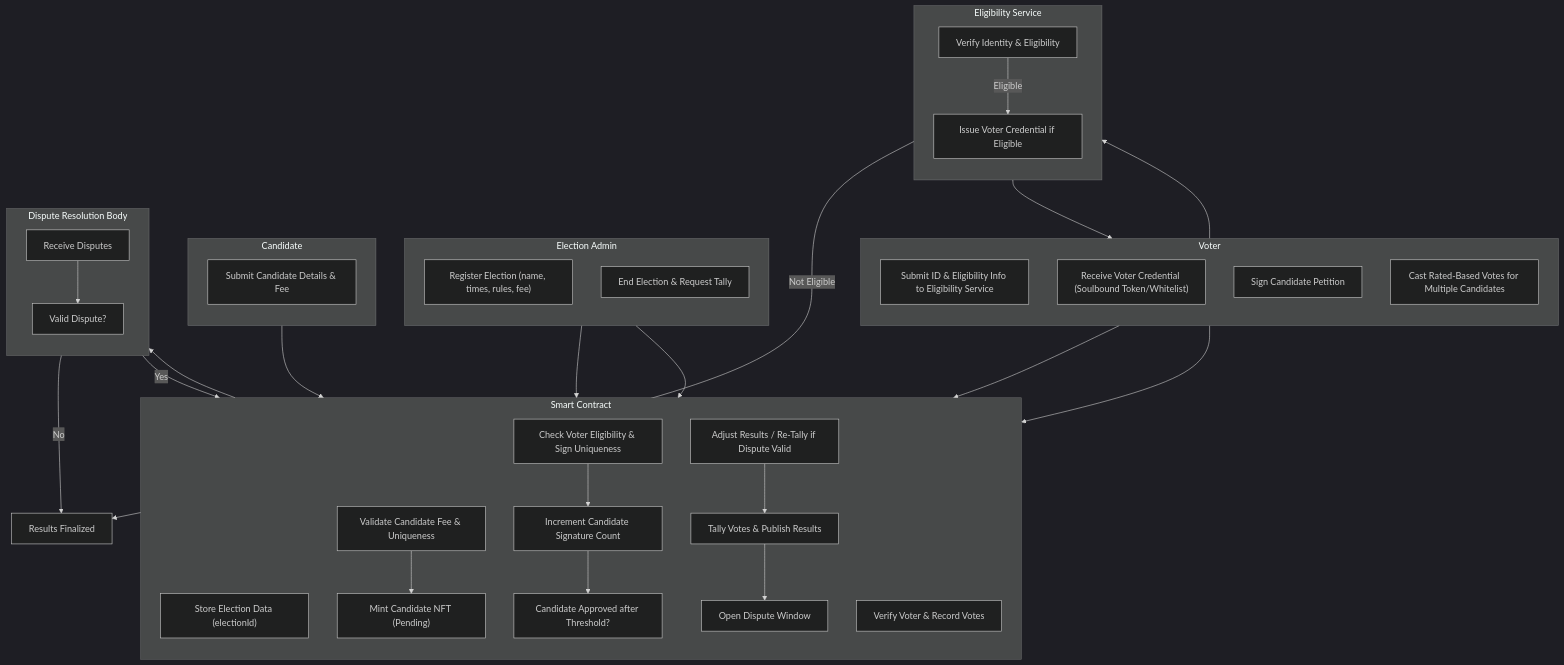
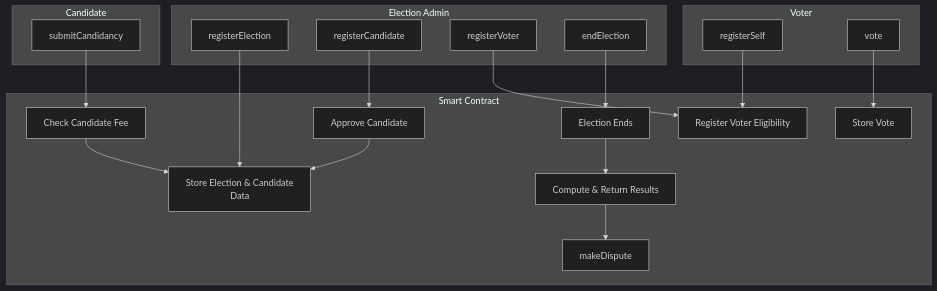
One commit to vladtf/bpda-project changed the diagram in README.md. Above: the diagram before and after it, drawn with Mermaid (dark theme). The commit also changed other lines of this file, not shown here.

Commit message:
Update README.md to include voter registration by admin and enhance flowchart structure

````diff
--- a/README.md
+++ b/README.md
@@ -76,71 +77,38 @@
 ```mermaid
 flowchart TB
+    subgraph A[Election Admin]
+        A_create[registerElection]
+        A_regCand[registerCandidate]
+        A_regVoter[registerVoter]
+        A_end[endElection]
+    end
 
-%% Define Subgraphs as Swimlanes
-subgraph V[Voter]
-  direction TB
-  V_ID[Submit ID & Eligibility Info to Eligibility Service]
-  V_Cred["Receive Voter Credential (Soulbound Token/Whitelist)"]
-  V_Sign[Sign Candidate Petition]
-  V_Vote[Cast Rated-Based Votes for Multiple Candidates]
-end
+    subgraph C[Candidate]
+        C_submit[submitCandidancy]
+    end
 
-subgraph E[Eligibility Service]
-  direction TB
-  E_Verify[Verify Identity & Eligibility]
-  E_Issue[Issue Voter Credential if Eligible]
-end
+    subgraph V[Voter]
+        V_self[registerSelf]
+        V_vote[vote]
+    end
 
-subgraph A[Election Admin]
-  direction TB
-  A_Create["Register Election (name, times, rules, fee)"]
-  A_End[End Election & Request Tally]
-end
+    subgraph SC[Smart Contract]
+        SC_store[Store Election & Candidate\nData]
+        SC_checkFee[Check Candidate Fee]
+        SC_approve[Approve Candidate]
+        SC_regVoter[Register Voter Eligibility]
+        SC_recordVote[Store Vote]
+        SC_fin[Election Ends]
+        SC_dispute[makeDispute]
+        SC_results[Compute & Return Results]
+    end
 
-subgraph C[Candidate]
-  direction TB
-  C_Reg[Submit Candidate Details & Fee]
-end
-
-subgraph SC[Smart Contract]
-  direction TB
-  SC_Store["Store Election Data (electionId)"]
-  SC_ValCand[Validate Candidate Fee & Uniqueness]
-  SC_Mint["Mint Candidate NFT (Pending)"]
-  SC_SignCheck[Check Voter Eligibility & Sign Uniqueness]
-  SC_IncSign[Increment Candidate Signature Count]
-  SC_Approve[Candidate Approved after Threshold?]
-  SC_VerifyVote[Verify Voter & Record Votes]
-  SC_Tally[Tally Votes & Publish Results]
-  SC_Dispute[Open Dispute Window]
-  SC_Adjust[Adjust Results / Re-Tally if Dispute Valid]
-end
-
-subgraph D[Dispute Resolution Body]
-  direction TB
-  D_Receive[Receive Disputes]
-  D_Valid[Valid Dispute?]
-end
-
-%% Flow Start
-V_ID --> E_Verify
-E_Verify -->|Eligible| E_Issue --> V_Cred
-E_Verify -->|Not Eligible| X[Stop]
-
-%% Election Creation
-A_Create --> SC_Store
-
-%% Candidate Registration
-C_Reg --> SC_ValCand --> SC_Mint
-
-%% Signature Collection
-V_Sign --> SC_SignCheck --> SC_IncSign --> SC_Approve
-
-%% Voting
-V_Vote --> SC_VerifyVote
-
-%% End and Tally
-A_End --> SC_Tally --> SC_Dispute --> D_Receive --> D_Valid
-D_Valid -->|Yes| SC_Adjust --> SC_Tally
-D_Valid -->|No| X[Results Finalized]
+    A_create --> SC_store
+    C_submit --> SC_checkFee --> SC_store
+    A_regCand --> SC_approve --> SC_store
+    V_self --> SC_regVoter
+    A_regVoter --> SC_regVoter
+    V_vote --> SC_recordVote
+    A_end --> SC_fin --> SC_results
+    SC_results --> SC_dispute
 ```
````
